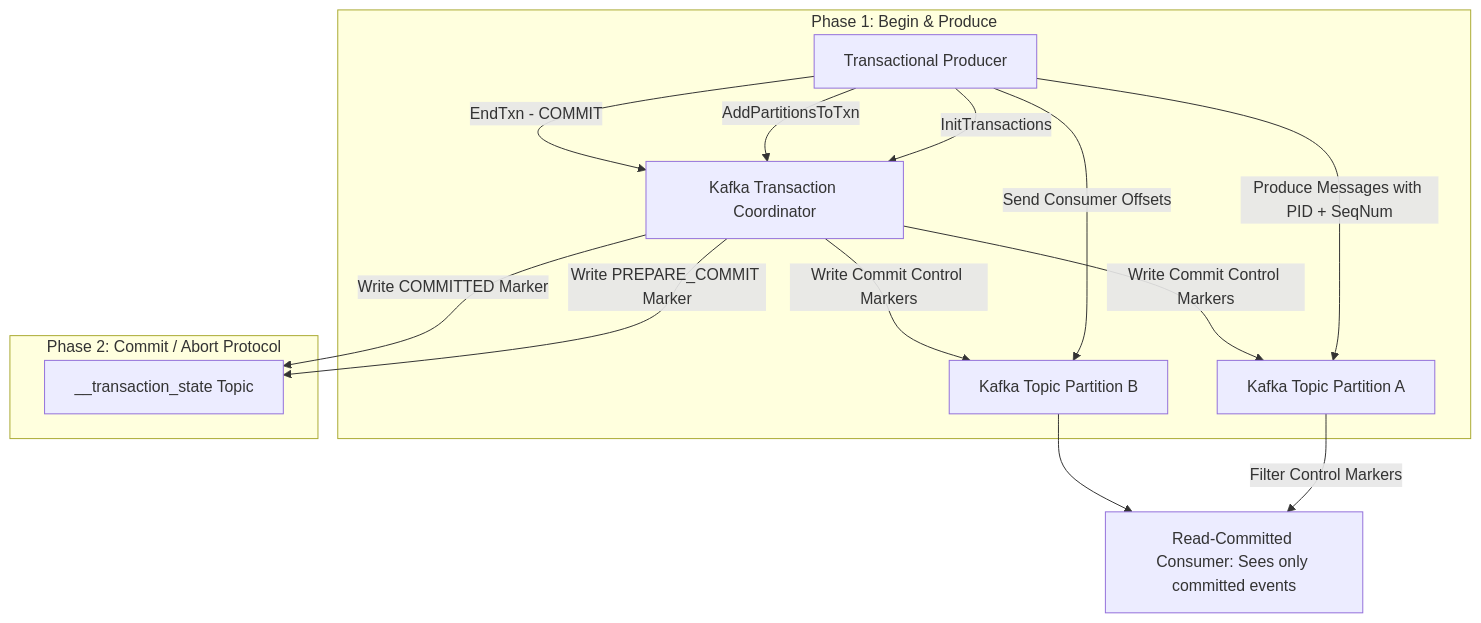
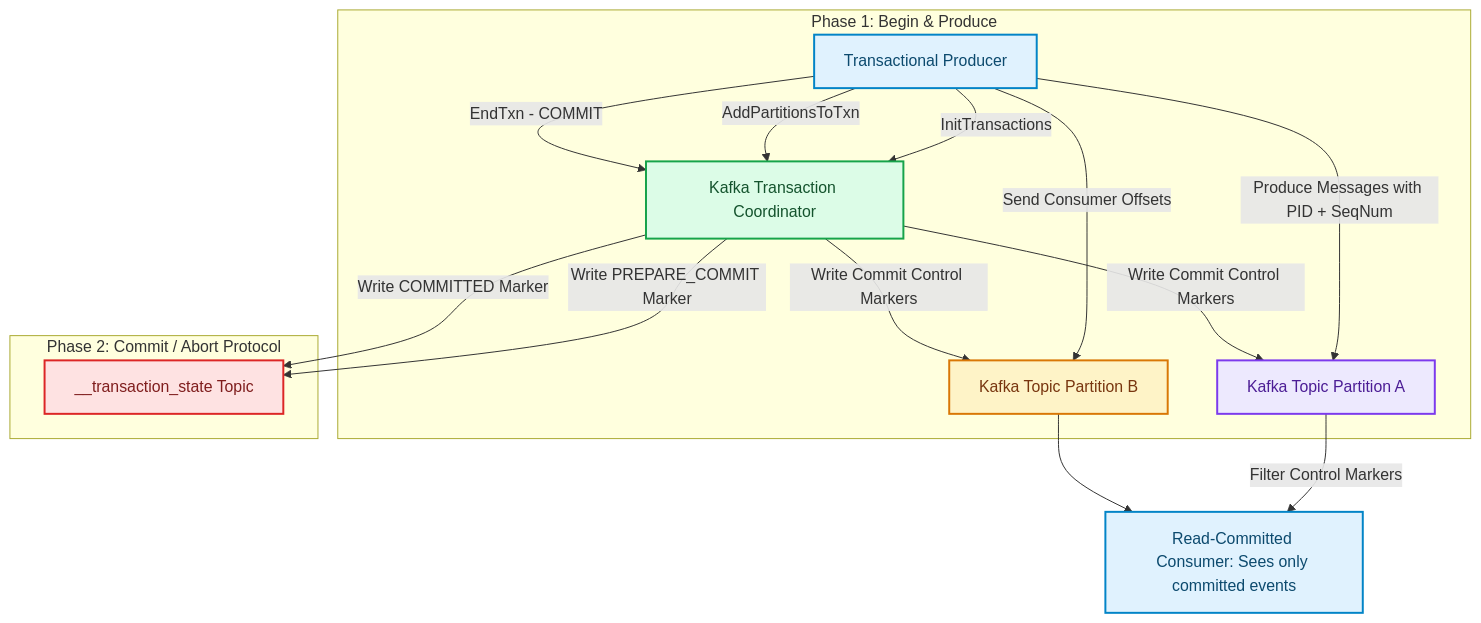
The diagram in blog/posts/achieving-exactly-once-semantics-distributed-event-streams.md (akmalkhaniub/akmalkhaniub.github.io), drawn with Mermaid before and after one commit. The commit also changed other lines of this file and 1291 other files, not shown here.

First line of the commit message:
feat(catalog): unique covers, scholarly references, and diagram palettes

````diff
--- a/blog/posts/achieving-exactly-once-semantics-distributed-event-streams.md
+++ b/blog/posts/achieving-exactly-once-semantics-distributed-event-streams.md
@@ -17,21 +17,32 @@
 ```mermaid
 flowchart TD
-  A[Transactional Producer] -->|InitTransactions| B[Kafka Transaction Coordinator]
+  A["Transactional Producer"] -->|InitTransactions| B["Kafka Transaction Coordinator"]
   
   subgraph SG1_Phase1Begin ["Phase 1: Begin & Produce"]
     A -->|AddPartitionsToTxn| B
-    A -->|Produce Messages with PID + SeqNum| C[Kafka Topic Partition A]
-    A -->|Send Consumer Offsets| D[Kafka Topic Partition B]
+    A -->|Produce Messages with PID + SeqNum| C["Kafka Topic Partition A"]
+    A -->|Send Consumer Offsets| D["Kafka Topic Partition B"]
   end
   
   subgraph SG2_Phase2Commit ["Phase 2: Commit / Abort Protocol"]
     A -->|EndTxn - COMMIT| B
-    B -->|Write PREPARE_COMMIT Marker| E[__transaction_state Topic]
+    B -->|Write PREPARE_COMMIT Marker| E["__transaction_state Topic"]
     B -->|Write Commit Control Markers| C
     B -->|Write Commit Control Markers| D
     B -->|Write COMMITTED Marker| E
   end
   
-  C -->|Filter Control Markers| F[Read-Committed Consumer: Sees only committed events]
+  C -->|Filter Control Markers| F["Read-Committed Consumer: Sees only committed events"]
   D --> F
+
+classDef green fill:#dcfce7,stroke:#16a34a,stroke-width:2px,color:#14532d;
+classDef red fill:#fee2e2,stroke:#dc2626,stroke-width:2px,color:#7f1d1d;
+classDef blue fill:#e0f2fe,stroke:#0284c7,stroke-width:2px,color:#0c4a6e;
+classDef yellow fill:#fef3c7,stroke:#d97706,stroke-width:2px,color:#78350f;
+classDef purple fill:#ede9fe,stroke:#7c3aed,stroke-width:2px,color:#4c1d95;
+class A,F blue
+class B green
+class C purple
+class D yellow
+class E red
 ```
````
